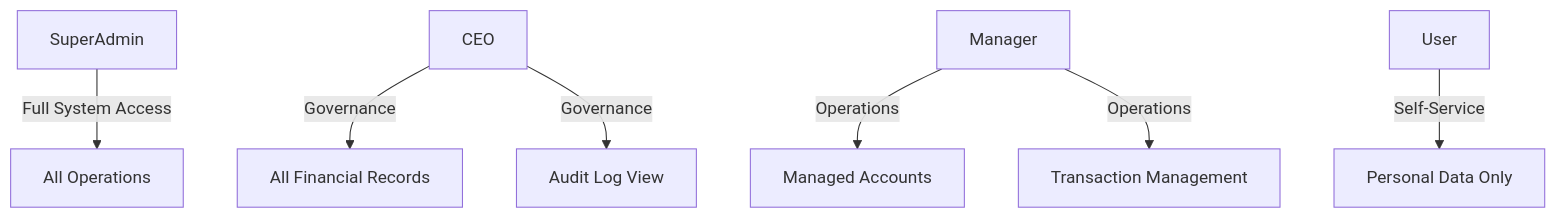
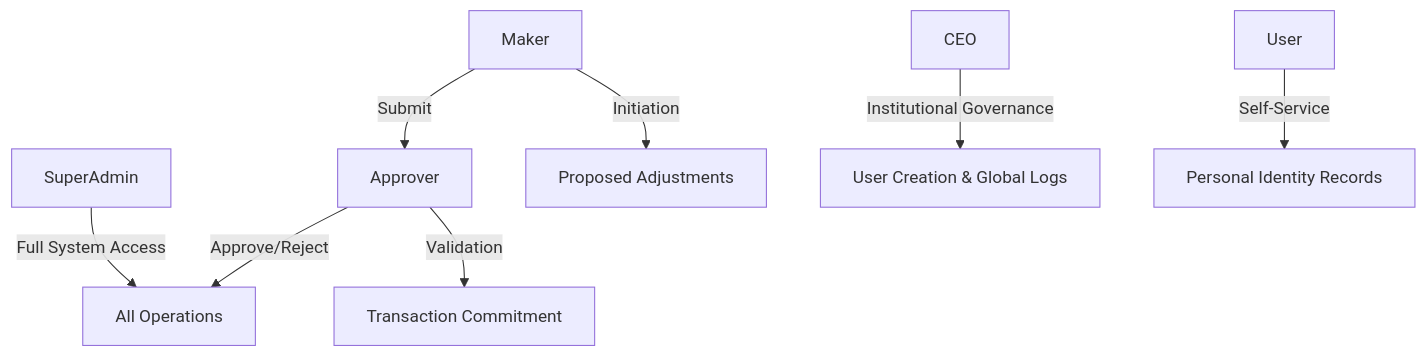
Before and after one commit to KyloReb/FinanceManagementConsole: the diagram in Documentation/rbac_permissions_architecture.md, drawn with Mermaid. The commit also changed other lines of this file and 56 other files, not shown here.

````diff
--- a/Documentation/rbac_permissions_architecture.md
+++ b/Documentation/rbac_permissions_architecture.md
@@ -11,9 +11,11 @@
 ```mermaid
 graph TD
     SA[SuperAdmin] -->|Full System Access| CORE[All Operations]
-    CEO[CEO] -->|Governance| FIN[All Financial Records]
-    CEO -->|Governance| AUD[Audit Log View]
-    MGR[Manager] -->|Operations| ACC[Managed Accounts]
-    MGR -->|Operations| TRX[Transaction Management]
-    USR[User] -->|Self-Service| PRV[Personal Data Only]
+    CEO[CEO] -->|Institutional Governance| FIN[User Creation & Global Logs]
+    MAK[Maker] -->|Initiation| TRX[Proposed Adjustments]
+    APP[Approver] -->|Validation| COM[Transaction Commitment]
+    USR[User] -->|Self-Service| PRV[Personal Identity Records]
+    
+    MAK -->|Submit| APP
+    APP -->|Approve/Reject| CORE
 ```
````
